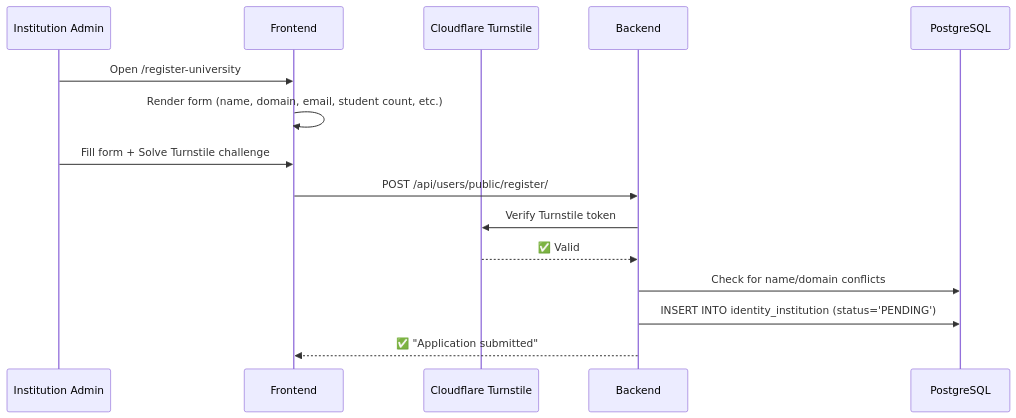
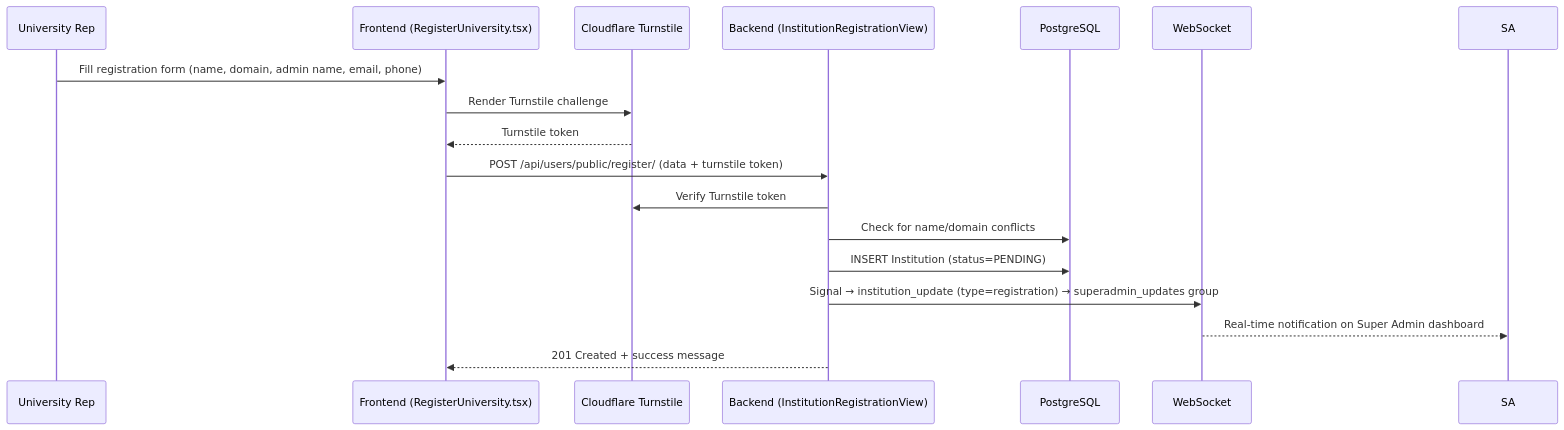
Before and after one commit to manoharreddyparne/core_final: the second of 6 diagrams in docs/05_REGISTRATION_AND_ONBOARDING_LIFECYCLE.md, drawn with Mermaid. The commit also changed other lines of this file and 6 other files, not shown here.

````diff
--- a/docs/05_REGISTRATION_AND_ONBOARDING_LIFECYCLE.md
+++ b/docs/05_REGISTRATION_AND_ONBOARDING_LIFECYCLE.md
@@ -19,18 +32,20 @@
 ```mermaid
 sequenceDiagram
-    participant IA as Institution Admin
-    participant FE as Frontend
+    participant REP as University Rep
+    participant FE as Frontend (RegisterUniversity.tsx)
     participant CF as Cloudflare Turnstile
-    participant BE as Backend
+    participant BE as Backend (InstitutionRegistrationView)
     participant PG as PostgreSQL
+    participant WS as WebSocket
 
-    IA->>FE: Open /register-university
-    FE->>FE: Render form (name, domain, email, student count, etc.)
-    IA->>FE: Fill form + Solve Turnstile challenge
-    FE->>BE: POST /api/users/public/register/
+    REP->>FE: Fill registration form (name, domain, admin name, email, phone)
+    FE->>CF: Render Turnstile challenge
+    CF-->>FE: Turnstile token
+    FE->>BE: POST /api/users/public/register/ (data + turnstile token)
     BE->>CF: Verify Turnstile token
-    CF-->>BE: ✅ Valid
     BE->>PG: Check for name/domain conflicts
-    BE->>PG: INSERT INTO identity_institution (status='PENDING')
-    BE-->>FE: ✅ "Application submitted"
+    BE->>PG: INSERT Institution (status=PENDING)
+    BE->>WS: Signal → institution_update (type=registration) → superadmin_updates group
+    WS-->>SA: Real-time notification on Super Admin dashboard
+    BE-->>FE: 201 Created + success message
 ```
````
